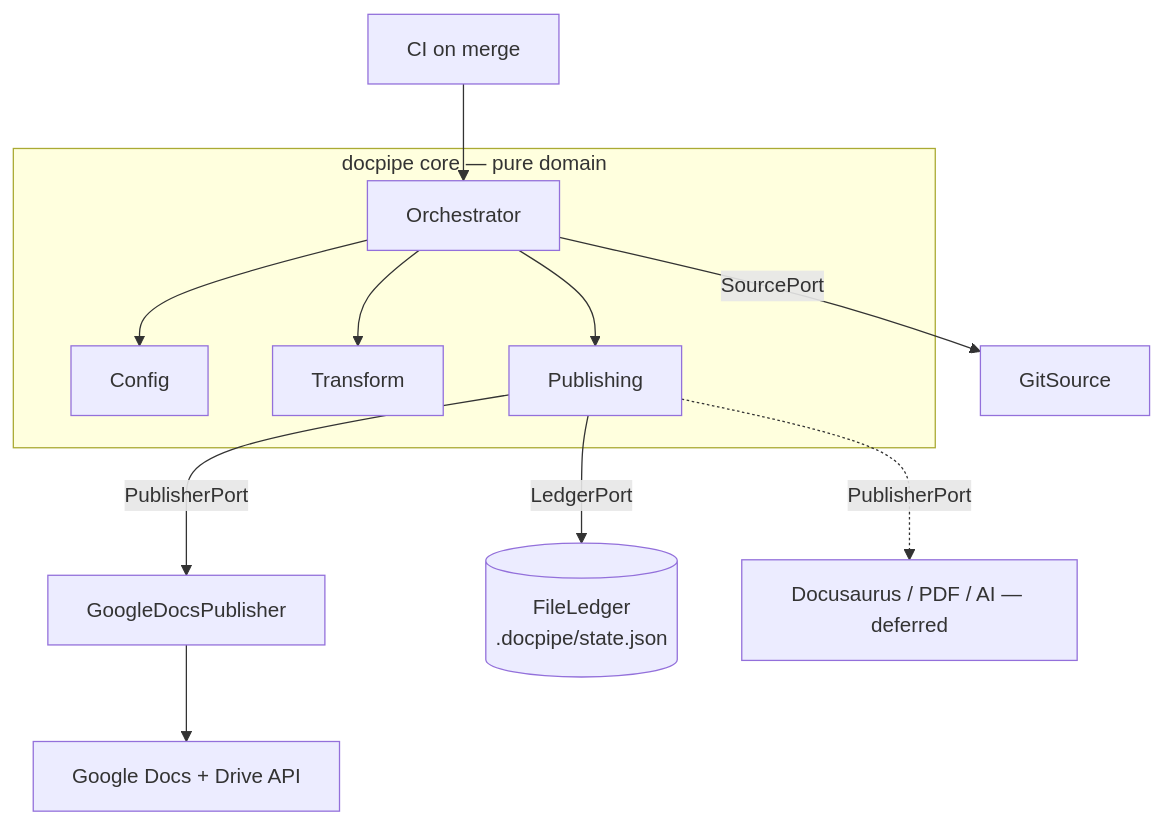
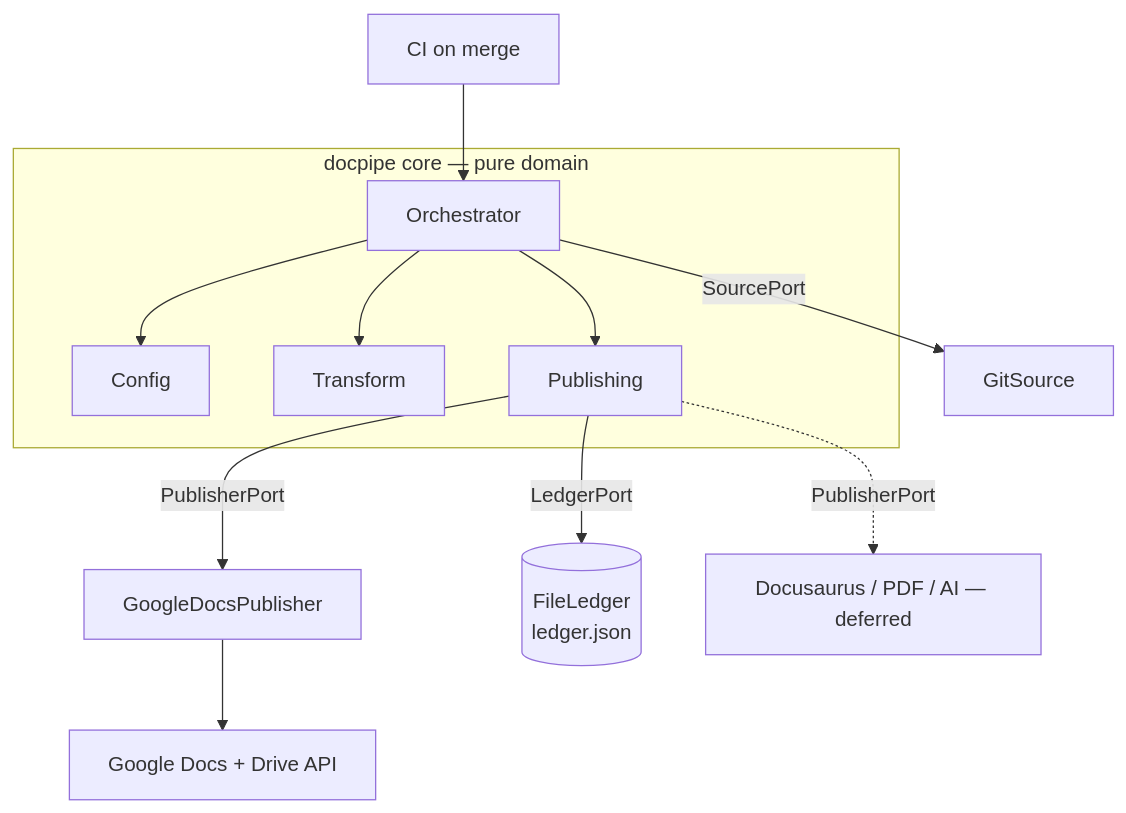
Before and after one commit to bhaveshdarpan/possum: the first of 3 diagrams in notes/architecture/system-design.md, drawn with Mermaid. The commit also changed other lines of this file and 14 other files, not shown here.

````diff
--- a/notes/architecture/system-design.md
+++ b/notes/architecture/system-design.md
@@ -9,12 +9,12 @@
 ```mermaid
 flowchart TB
   CI[CI on merge] --> O
   subgraph core["docpipe core — pure domain"]
     O[Orchestrator] --> CF[Config] & TF[Transform] & PB[Publishing]
   end
   O -->|SourcePort| GS["GitSource"]
   PB -->|PublisherPort| GD["GoogleDocsPublisher"]
-  PB -->|LedgerPort| FL[("FileLedger<br/>.docpipe/state.json")]
+  PB -->|LedgerPort| FL[("FileLedger<br/>ledger.json")]
   GD --> API["Google Docs + Drive API"]
   PB -. PublisherPort .-> DEF["Docusaurus / PDF / AI — deferred"]
 ```
````
